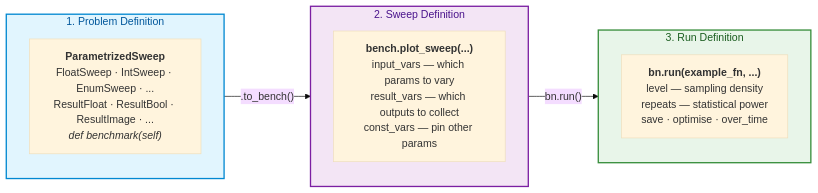
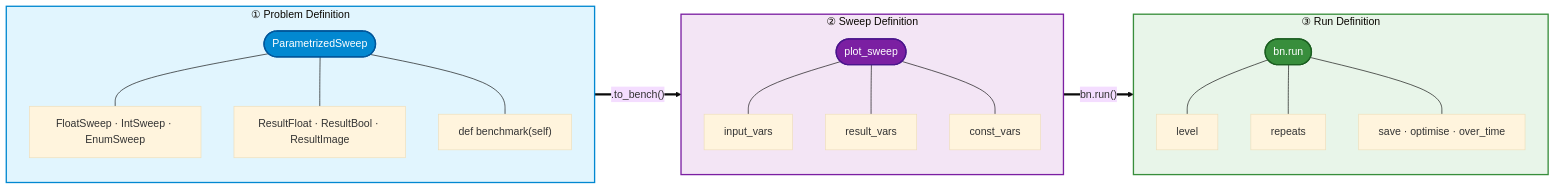
Before and after one commit to blooop/bencher: the diagram in docs/concepts.md, drawn with Mermaid (base theme).

Commit message:
docs: redesign mermaid diagram for readability
- Break dense single-node stages into header + detail nodes
- Stadium-shaped colored header nodes for the 3 main API calls
- Separate detail nodes for parameters (scannable at a glance)
- Thick arrows between stages, thin links within
- direction TB within each subgraph for vertical layout

````diff
--- a/docs/concepts.md
+++ b/docs/concepts.md
@@ -49,21 +49,44 @@
 ```{mermaid}
 flowchart LR
-    subgraph Problem ["1. Problem Definition"]
-        PS["<b>ParametrizedSweep</b><br/>FloatSweep · IntSweep · EnumSweep · ...<br/>ResultFloat · ResultBool · ResultImage · ...<br/><i>def benchmark(self)</i>"]
+    subgraph Problem ["① Problem Definition"]
+        direction TB
+        PS([ParametrizedSweep])
+        Inputs[FloatSweep · IntSweep · EnumSweep]
+        Results[ResultFloat · ResultBool · ResultImage]
+        Fn["def benchmark(self)"]
+        PS --- Inputs
+        PS --- Results
+        PS --- Fn
     end
 
-    subgraph Sweep ["2. Sweep Definition"]
-        SW["<b>bench.plot_sweep(...)</b><br/>input_vars — which params to vary<br/>result_vars — which outputs to collect<br/>const_vars — pin other params"]
+    subgraph Sweep ["② Sweep Definition"]
+        direction TB
+        SW([plot_sweep])
+        IV[input_vars]
+        RV[result_vars]
+        CV[const_vars]
+        SW --- IV
+        SW --- RV
+        SW --- CV
     end
 
-    subgraph Run ["3. Run Definition"]
-        RN["<b>bn.run(example_fn, ...)</b><br/>level — sampling density<br/>repeats — statistical power<br/>save · optimise · over_time"]
+    subgraph Run ["③ Run Definition"]
+        direction TB
+        RN([bn.run])
+        Level[level]
+        Repeats[repeats]
+        Opts[save · optimise · over_time]
+        RN --- Level
+        RN --- Repeats
+        RN --- Opts
     end
 
-    Problem -- ".to_bench()" --> Sweep
-    Sweep -- "bn.run()" --> Run
+    Problem == .to_bench() ==> Sweep == bn.run() ==> Run
 
-    style Problem fill:#e1f5fe,stroke:#0288d1,stroke-width:2px,color:#01579b
-    style Sweep fill:#f3e5f5,stroke:#7b1fa2,stroke-width:2px,color:#4a148c
-    style Run fill:#e8f5e9,stroke:#388e3c,stroke-width:2px,color:#1b5e20
+    style Problem fill:#e1f5fe,stroke:#0288d1,stroke-width:2px
+    style Sweep fill:#f3e5f5,stroke:#7b1fa2,stroke-width:2px
+    style Run fill:#e8f5e9,stroke:#388e3c,stroke-width:2px
+    style PS fill:#0288d1,color:#fff,stroke:#01579b,stroke-width:2px
+    style SW fill:#7b1fa2,color:#fff,stroke:#4a148c,stroke-width:2px
+    style RN fill:#388e3c,color:#fff,stroke:#1b5e20,stroke-width:2px
 ```
````
